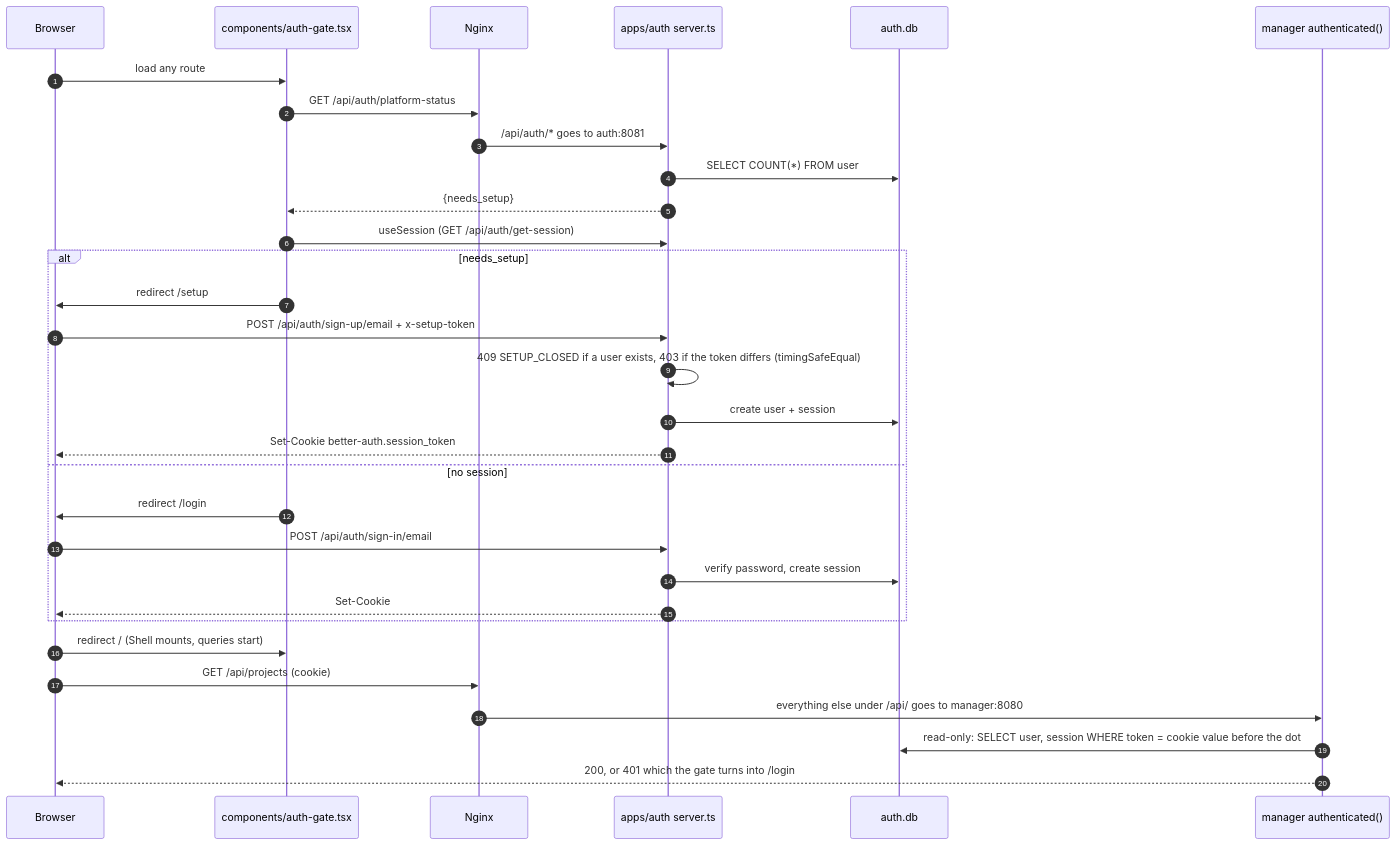
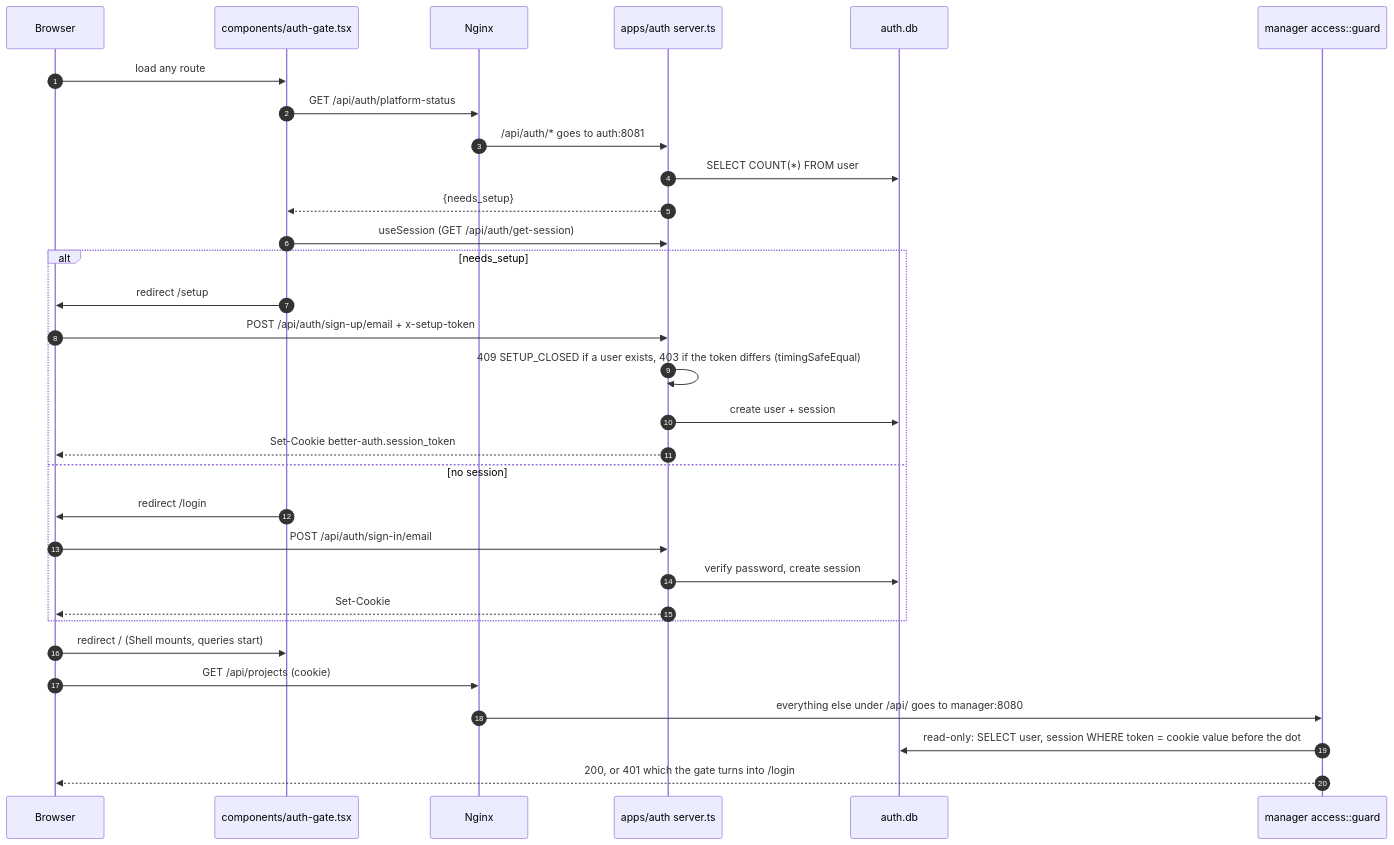
Before and after one commit to rokartur/vexdock: the fourth of 5 diagrams in docs/codebase.md, drawn with Mermaid. The commit also changed other lines of this file and 9 other files, not shown here.

````diff
--- a/docs/codebase.md
+++ b/docs/codebase.md
@@ -203,36 +206,36 @@
 ```mermaid
 sequenceDiagram
     autonumber
     participant Browser
     participant Gate as components/auth-gate.tsx
     participant Nginx
     participant Auth as apps/auth server.ts
     participant AuthDB as auth.db
-    participant Manager as manager authenticated()
+    participant Manager as manager access::guard
 
     Browser->>Gate: load any route
     Gate->>Nginx: GET /api/auth/platform-status
     Nginx->>Auth: /api/auth/* goes to auth:8081
     Auth->>AuthDB: SELECT COUNT(*) FROM user
     Auth-->>Gate: {needs_setup}
     Gate->>Auth: useSession (GET /api/auth/get-session)
 
     alt needs_setup
         Gate->>Browser: redirect /setup
         Browser->>Auth: POST /api/auth/sign-up/email + x-setup-token
         Auth->>Auth: 409 SETUP_CLOSED if a user exists, 403 if the token differs (timingSafeEqual)
         Auth->>AuthDB: create user + session
         Auth-->>Browser: Set-Cookie better-auth.session_token
     else no session
         Gate->>Browser: redirect /login
         Browser->>Auth: POST /api/auth/sign-in/email
         Auth->>AuthDB: verify password, create session
         Auth-->>Browser: Set-Cookie
     end
 
     Browser->>Gate: redirect / (Shell mounts, queries start)
     Browser->>Nginx: GET /api/projects (cookie)
     Nginx->>Manager: everything else under /api/ goes to manager:8080
     Manager->>AuthDB: read-only: SELECT user, session WHERE token = cookie value before the dot
     Manager-->>Browser: 200, or 401 which the gate turns into /login
 ```
````
